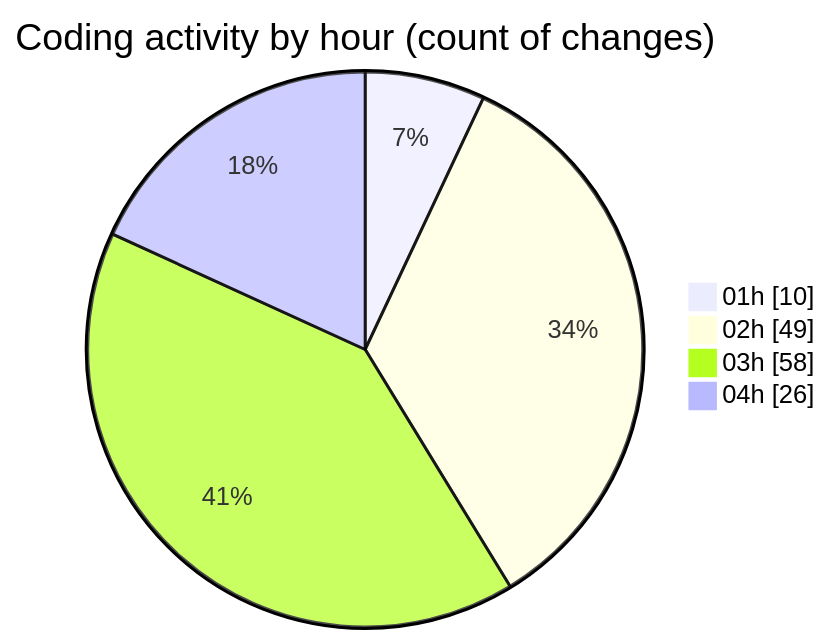
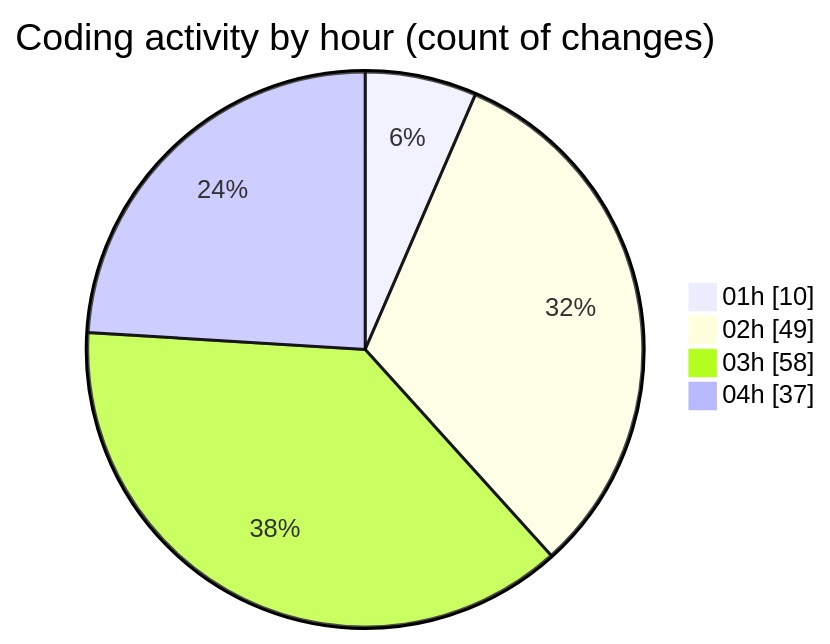
One commit to julien-gomy/code-tracking changed the second of 2 diagrams in 2025-11-21/eventscop-frontend-guide__workspace_/README.md. Above: the diagram before and after it, drawn with Mermaid. The commit also changed other lines of this file and 1 other file, not shown here.

````diff
--- a/2025-11-21/eventscop-frontend-guide__workspace_/README.md
+++ b/2025-11-21/eventscop-frontend-guide__workspace_/README.md
@@ -71,8 +72,8 @@
 ```mermaid
 pie showData
 title Coding activity by hour (count of changes)
 "01h" : 10
 "02h" : 49
 "03h" : 58
-"04h" : 26
+"04h" : 37
 ```
````
